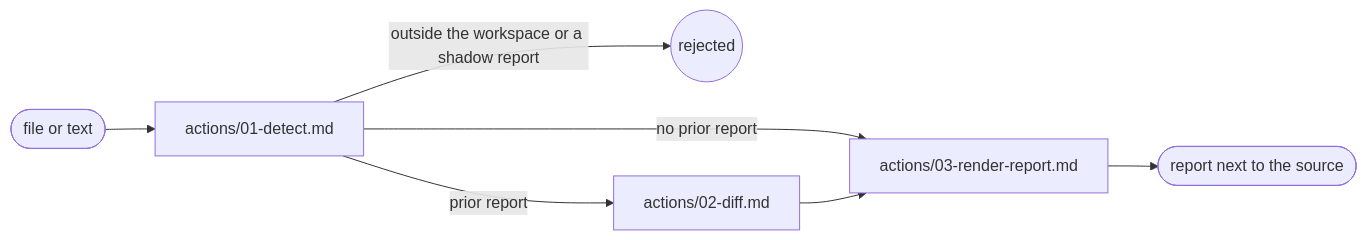
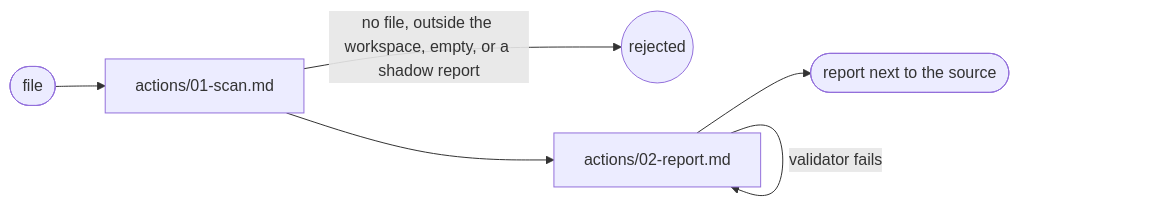
One commit to ai-driven-dev/framework changed the diagram in plugins/aidd-refine/skills/03-shadow-areas/SKILL.md. Above: the diagram before and after it, drawn with Mermaid. The commit also changed other lines of this file and 37 other files, not shown here.

First line of the commit message:
refactor(aidd-refine): rebuild shadow-areas on a strict report contract (#1396)

````diff
--- a/plugins/aidd-refine/skills/03-shadow-areas/SKILL.md
+++ b/plugins/aidd-refine/skills/03-shadow-areas/SKILL.md
@@ -9,9 +9,8 @@
 ```mermaid
 flowchart LR
-  source([file or text]) --> detect["actions/01-detect.md"]
-  detect -->|"outside the workspace or a shadow report"| rejected((rejected))
-  detect -->|"no prior report"| render["actions/03-render-report.md"]
-  detect -->|"prior report"| diff["actions/02-diff.md"]
-  diff --> render
-  render --> report([report next to the source])
+  source([file]) --> scan["actions/01-scan.md"]
+  scan -->|"no file, outside the workspace, empty, or a shadow report"| rejected((rejected))
+  scan --> report["actions/02-report.md"]
+  report -->|"validator fails"| report
+  report --> done([report next to the source])
 ```
````
